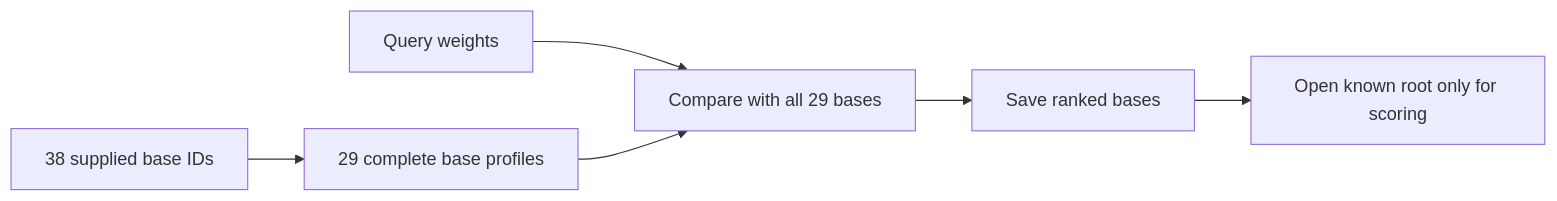
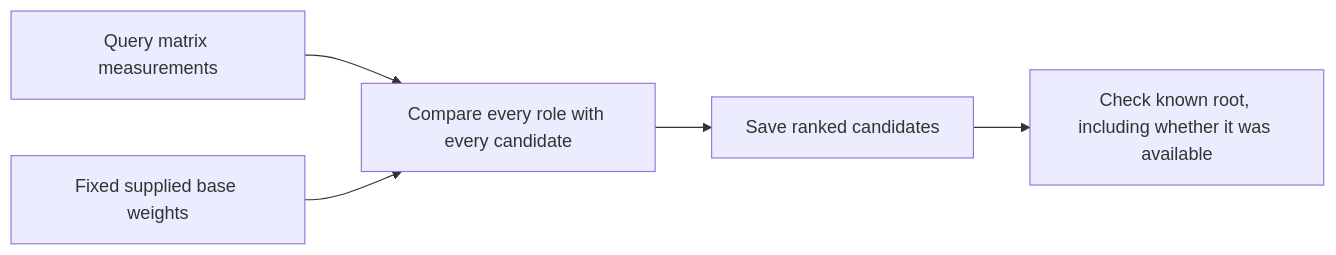
One commit to RpM-Kinshuk/Model-Research changed the second of 2 diagrams in docs/HTSR_STUDY.md. Above: the diagram before and after it, drawn with Mermaid. The commit also changed other lines of this file and 32 other files, not shown here.

````diff
--- a/docs/HTSR_STUDY.md
+++ b/docs/HTSR_STUDY.md
@@ -173,8 +180,7 @@
 ```mermaid
 flowchart LR
-    A[38 supplied base IDs] --> B[29 complete base profiles]
-    Q[Query weights] --> C[Compare with all 29 bases]
-    B --> C
-    C --> D[Save ranked bases]
-    D --> E[Open known root only for scoring]
+    Q[Query matrix measurements] --> C[Compare every role with every candidate]
+    B[Fixed supplied base weights] --> C
+    C --> R[Save ranked candidates]
+    R --> V[Check known root, including whether it was available]
 ```
````
